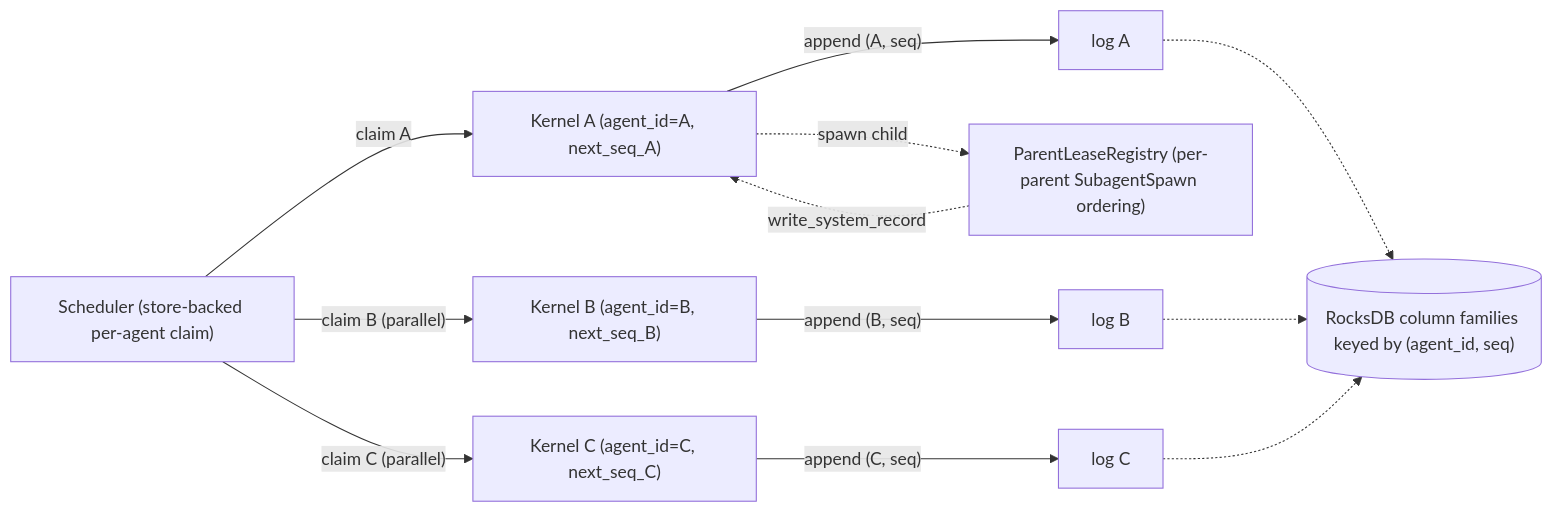
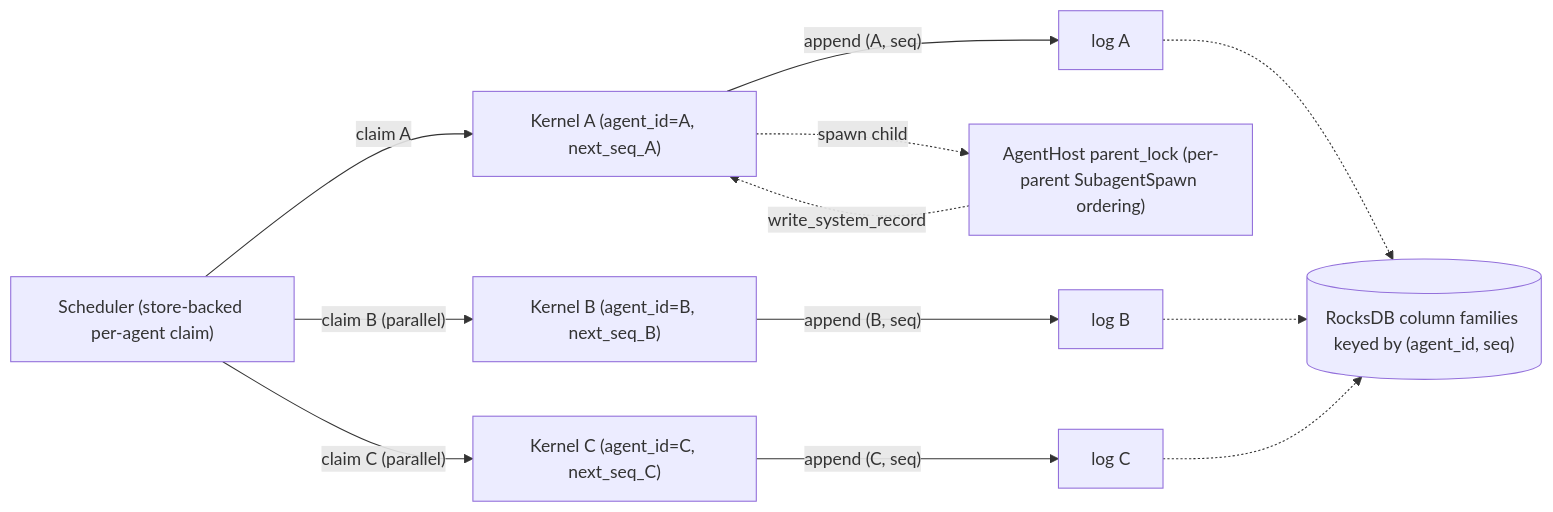
Before and after one commit to cypher-asi/aura-harness: the first of 3 diagrams in docs/invariants.md, drawn with Mermaid. The commit also changed other lines of this file and 125 other files, not shown here.

````diff
--- a/docs/invariants.md
+++ b/docs/invariants.md
@@ -43,16 +43,16 @@
 ```mermaid
 flowchart LR
   scheduler["Scheduler (store-backed per-agent claim)"]
   scheduler -->|"claim A"| kernelA["Kernel A (agent_id=A, next_seq_A)"]
   scheduler -->|"claim B (parallel)"| kernelB["Kernel B (agent_id=B, next_seq_B)"]
   scheduler -->|"claim C (parallel)"| kernelC["Kernel C (agent_id=C, next_seq_C)"]
   kernelA -->|"append (A, seq)"| storeA["log A"]
   kernelB -->|"append (B, seq)"| storeB["log B"]
   kernelC -->|"append (C, seq)"| storeC["log C"]
   storeA -.-> rocks[("RocksDB column families keyed by (agent_id, seq)")]
   storeB -.-> rocks
   storeC -.-> rocks
-  leaseP["ParentLeaseRegistry (per-parent SubagentSpawn ordering)"]
+  leaseP["AgentHost parent_lock (per-parent SubagentSpawn ordering)"]
   kernelA -. "spawn child" .-> leaseP
   leaseP -. "write_system_record" .-> kernelA
 ```
````
